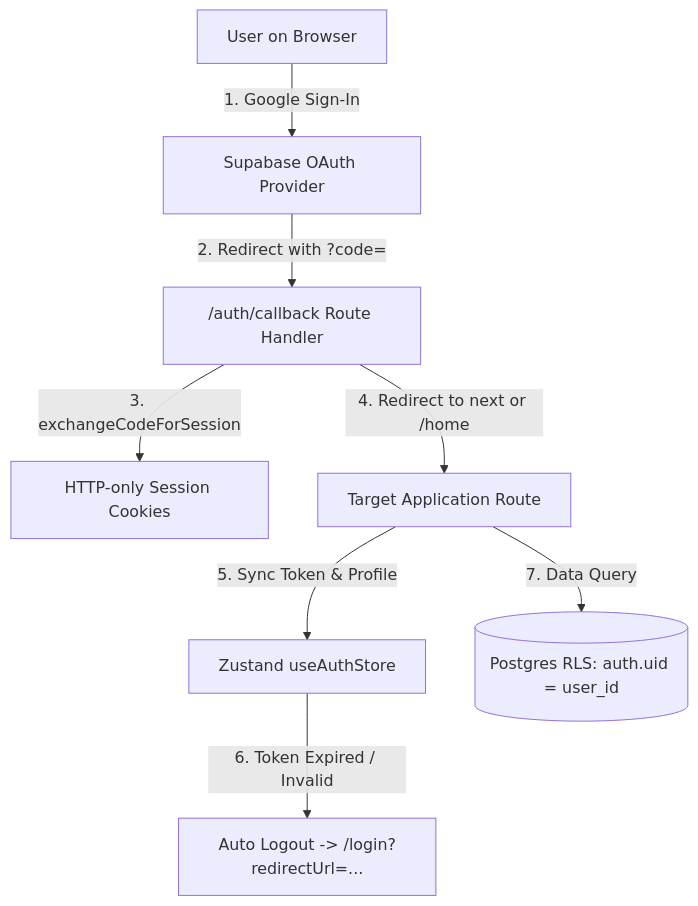
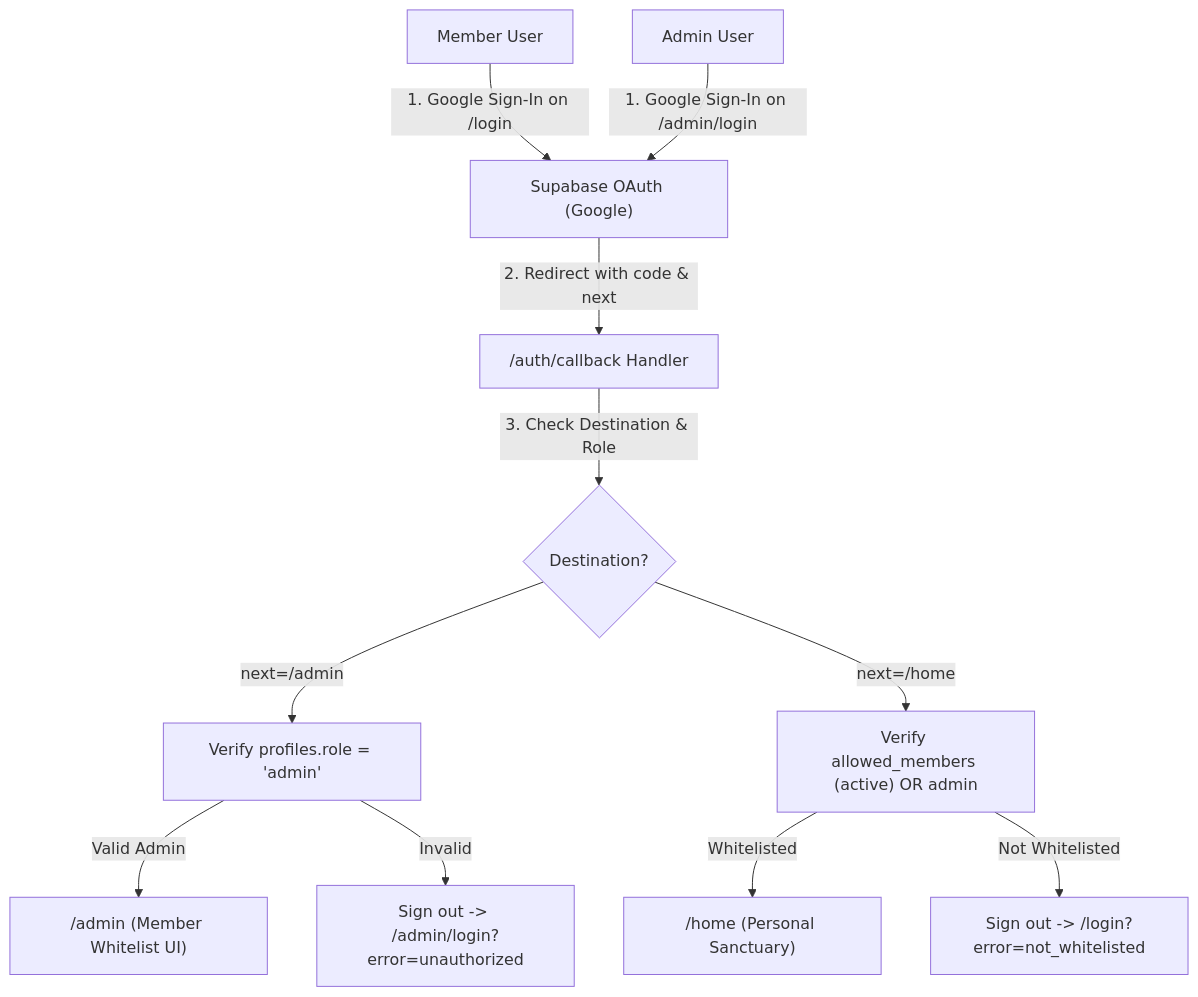
The diagram in docs/features/authentication-and-access-control/04-tdd.md (marceldavidbaroi/The-Commons), drawn with Mermaid before and after one commit. The commit also changed other lines of this file and 46 other files, not shown here.

````diff
--- a/docs/features/authentication-and-access-control/04-tdd.md
+++ b/docs/features/authentication-and-access-control/04-tdd.md
@@ -5,10 +5,16 @@
 ```mermaid
 graph TD
-    User["User on Browser"] -->|1. Google Sign-In| SupabaseAuth["Supabase OAuth Provider"]
-    SupabaseAuth -->|2. Redirect with ?code=| CallbackRoute["/auth/callback Route Handler"]
-    CallbackRoute -->|3. exchangeCodeForSession| SetCookies["HTTP-only Session Cookies"]
-    CallbackRoute -->|4. Redirect to next or /home| NextPage["Target Application Route"]
-    NextPage -->|5. Sync Token & Profile| ZustandStore["Zustand useAuthStore"]
-    ZustandStore -->|6. Token Expired / Invalid| AutoLogout["Auto Logout -> /login?redirectUrl=..."]
-    NextPage -->|7. Data Query| RLS[("Postgres RLS: auth.uid = user_id")]
+    User["Member User"] -->|1. Google Sign-In on /login| SupabaseAuth["Supabase OAuth (Google)"]
+    Admin["Admin User"] -->|1. Google Sign-In on /admin/login| SupabaseAuth
+    SupabaseAuth -->|2. Redirect with code & next| Callback["/auth/callback Handler"]
+    
+    Callback -->|3. Check Destination & Role| AuthCheck{"Destination?"}
+    
+    AuthCheck -->|next=/admin| AdminGuard["Verify profiles.role = 'admin'"]
+    AdminGuard -->|Valid Admin| AdminDashboard["/admin (Member Whitelist UI)"]
+    AdminGuard -->|Invalid| RejectAdmin["Sign out -> /admin/login?error=unauthorized"]
+
+    AuthCheck -->|next=/home| MemberGuard["Verify allowed_members (active) OR admin"]
+    MemberGuard -->|Whitelisted| MemberDashboard["/home (Personal Sanctuary)"]
+    MemberGuard -->|Not Whitelisted| RejectMember["Sign out -> /login?error=not_whitelisted"]
 ```
````
